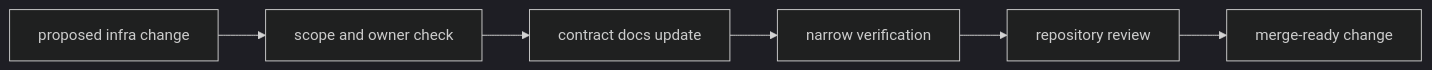
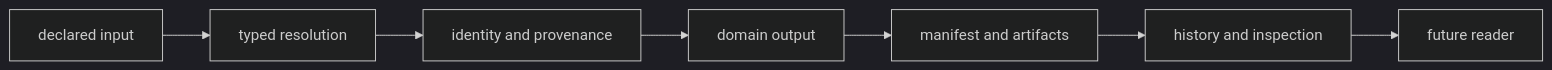
One commit to bijux/bijux-telecom changed the second of 2 diagrams in docs/03-bijux-gnss-infra/operations/index.md. Above: the diagram before and after it, drawn with Mermaid (dark theme). The commit also changed other lines of this file and 1 other file, not shown here.

Commit message:
docs(infra): preserve repository evidence through change

````diff
--- a/docs/03-bijux-gnss-infra/operations/index.md
+++ b/docs/03-bijux-gnss-infra/operations/index.md
@@ -18,11 +66,12 @@
 ```mermaid
 flowchart LR
-    change["proposed infra change"]
-    scope["scope and owner check"]
-    docs["contract docs update"]
-    tests["narrow verification"]
-    review["repository review"]
-    release["merge-ready change"]
+    declaration["declared input"]
+    resolution["typed resolution"]
+    identity["identity and provenance"]
+    output["domain output"]
+    persistence["manifest and artifacts"]
+    discovery["history and inspection"]
+    future["future reader"]
 
-    change --> scope --> docs --> tests --> review --> release
+    declaration --> resolution --> identity --> output --> persistence --> discovery --> future
 ```
````
